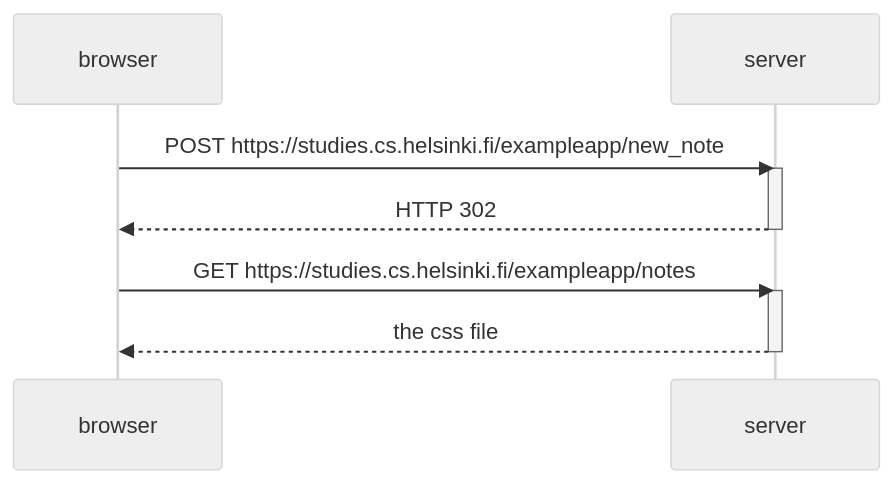
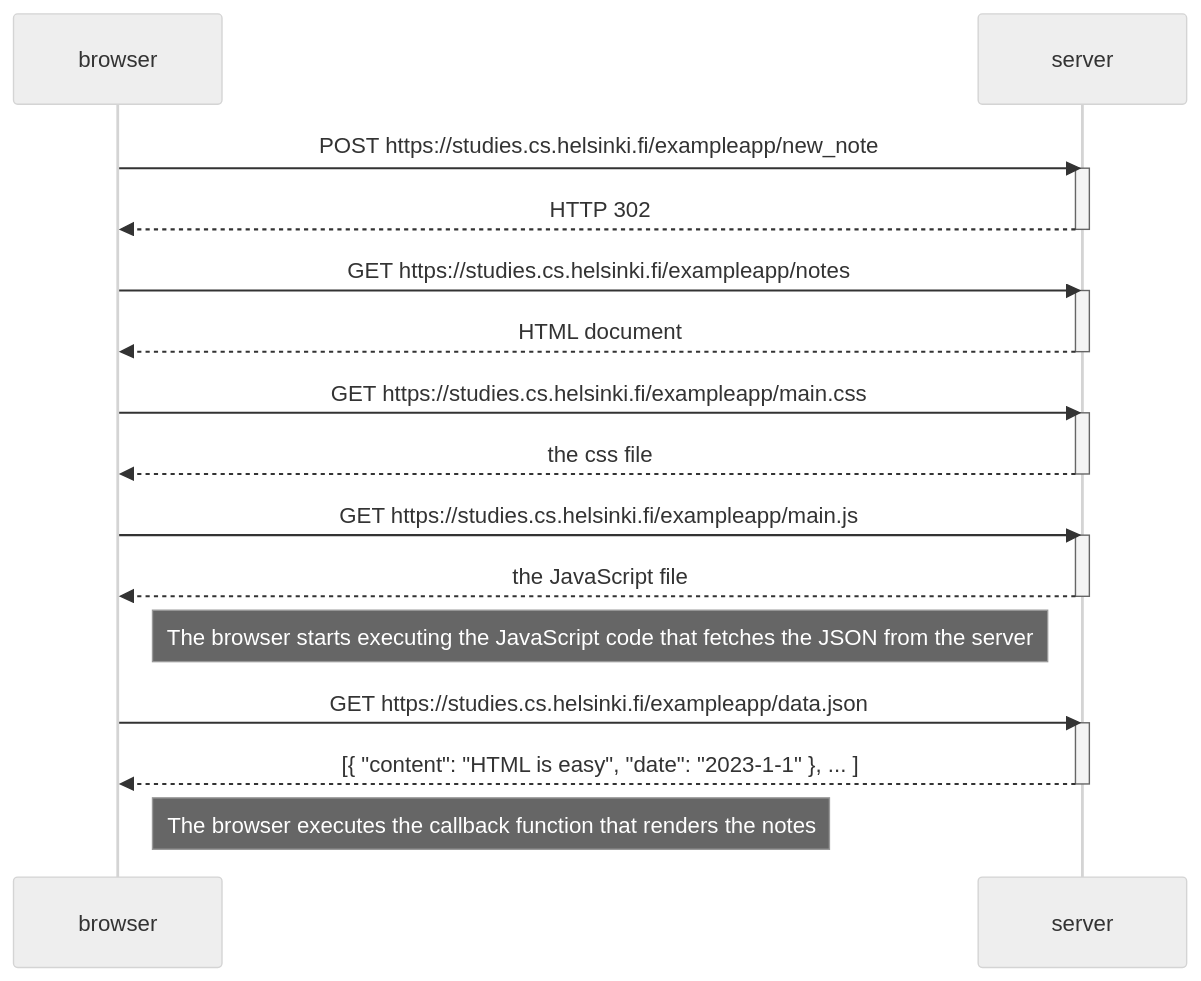
Before and after one commit to noreasonpng/FullStack_PalautusRepo: the diagram in Osa0/0.4.md, drawn with Mermaid (neutral theme).

````diff
--- a/Osa0/0.4.md
+++ b/Osa0/0.4.md
@@ -2,16 +2,35 @@
 ```mermaid
 sequenceDiagram
     participant browser
     participant server
     
     browser->>server: POST https://studies.cs.helsinki.fi/exampleapp/new_note
     activate server
     server-->>browser: HTTP 302
     deactivate server
     
     browser->>server: GET https://studies.cs.helsinki.fi/exampleapp/notes
     activate server
+    server-->>browser: HTML document
+    deactivate server
+    
+    browser->>server: GET https://studies.cs.helsinki.fi/exampleapp/main.css
+    activate server
     server-->>browser: the css file
     deactivate server
     
+    browser->>server: GET https://studies.cs.helsinki.fi/exampleapp/main.js
+    activate server
+    server-->>browser: the JavaScript file
+    deactivate server
+    
+    Note right of browser: The browser starts executing the JavaScript code that fetches the JSON from the server
+    
+    browser->>server: GET https://studies.cs.helsinki.fi/exampleapp/data.json
+    activate server
+    server-->>browser: [{ "content": "HTML is easy", "date": "2023-1-1" }, ... ]
+    deactivate server    
+
+    Note right of browser: The browser executes the callback function that renders the notes 
+    
 ```
````
